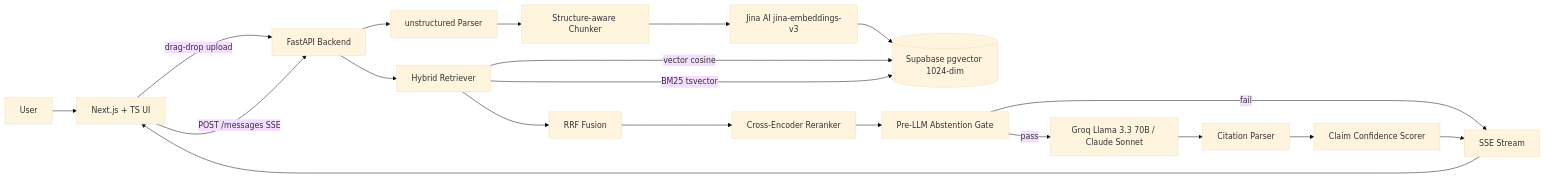
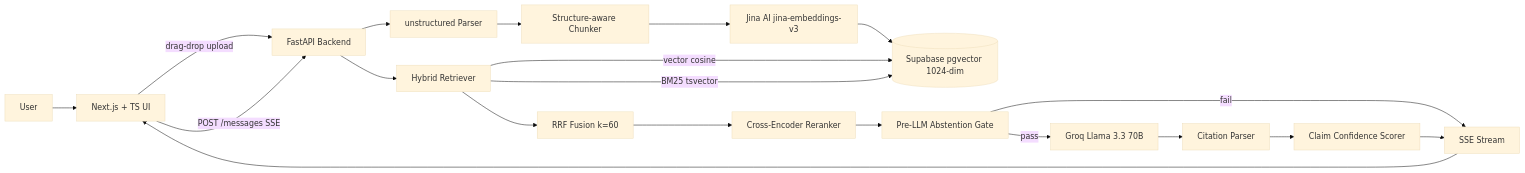
Before and after one commit to Utkarsh272/rag-grounded: the diagram in README.md, drawn with Mermaid (base theme). The commit also changed other lines of this file and 8 other files, not shown here.

````diff
--- a/README.md
+++ b/README.md
@@ -44,22 +44,22 @@
 ```mermaid
 graph LR
     User[User] --> UI[Next.js + TS UI]
     UI -->|drag-drop upload| API[FastAPI Backend]
     UI -->|POST /messages SSE| API
     API --> Parser[unstructured Parser]
     Parser --> Chunker[Structure-aware Chunker]
     Chunker --> Embedder[Jina AI jina-embeddings-v3]
     Embedder --> PG[(Supabase pgvector 1024-dim)]
     API --> Hybrid[Hybrid Retriever]
     Hybrid -->|vector cosine| PG
     Hybrid -->|BM25 tsvector| PG
-    Hybrid --> RRF[RRF Fusion]
+    Hybrid --> RRF[RRF Fusion k=60]
     RRF --> Reranker[Cross-Encoder Reranker]
     Reranker --> Abstention[Pre-LLM Abstention Gate]
-    Abstention -->|pass| LLM[Groq Llama 3.3 70B / Claude Sonnet]
-    Abstention -->|fail| SSE
+    Abstention -->|fail| SSE[SSE Stream]
+    Abstention -->|pass| LLM[Groq Llama 3.3 70B]
     LLM --> CitParser[Citation Parser]
     CitParser --> Confidence[Claim Confidence Scorer]
-    Confidence --> SSE[SSE Stream]
+    Confidence --> SSE
     SSE --> UI
 ```
````
